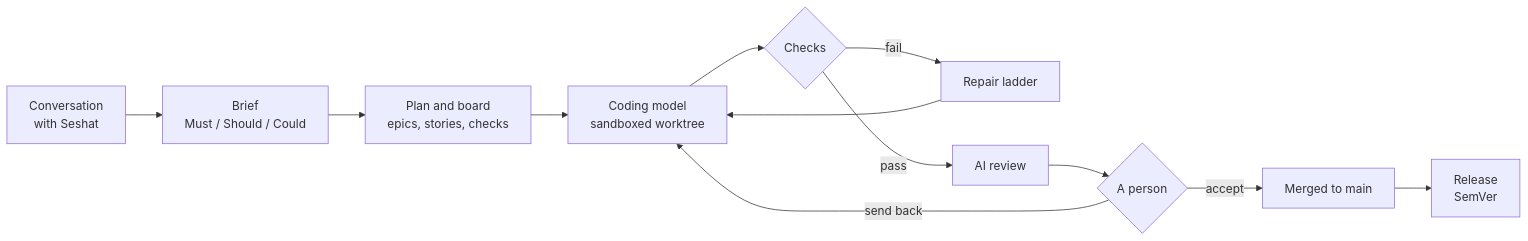
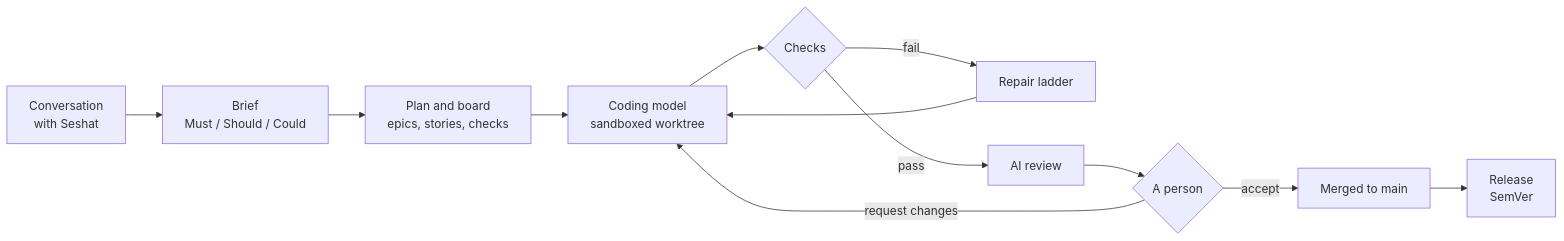
One commit to brennansk1/sekhemet changed the diagram in README.md. Above: the diagram before and after it, drawn with Mermaid. The commit also changed other lines of this file and 6 other files, not shown here.

````diff
--- a/README.md
+++ b/README.md
@@ -65,14 +51,14 @@
 ```mermaid
 flowchart LR
   A[Conversation<br/>with Seshat] --> B[Brief<br/>Must / Should / Could]
   B --> C[Plan and board<br/>epics, stories, checks]
   C --> D[Coding model<br/>sandboxed worktree]
   D --> E{Checks}
   E -- fail --> F[Repair ladder]
   F --> D
   E -- pass --> G[AI review]
   G --> H{A person}
-  H -- send back --> D
+  H -- request changes --> D
   H -- accept --> I[Merged to main]
   I --> J[Release<br/>SemVer]
 ```
````
